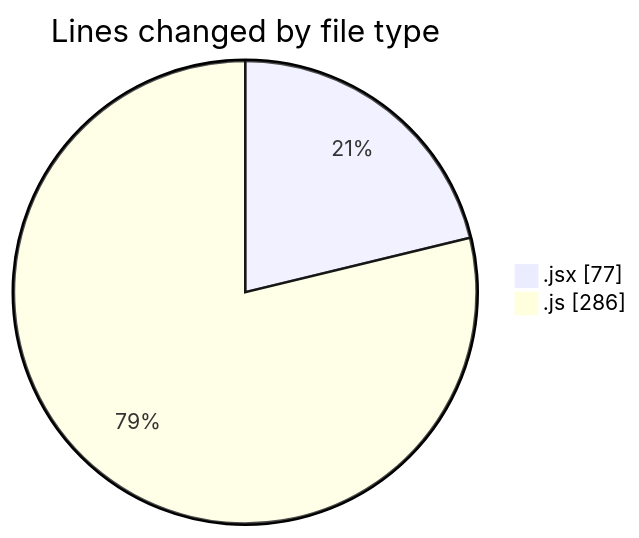
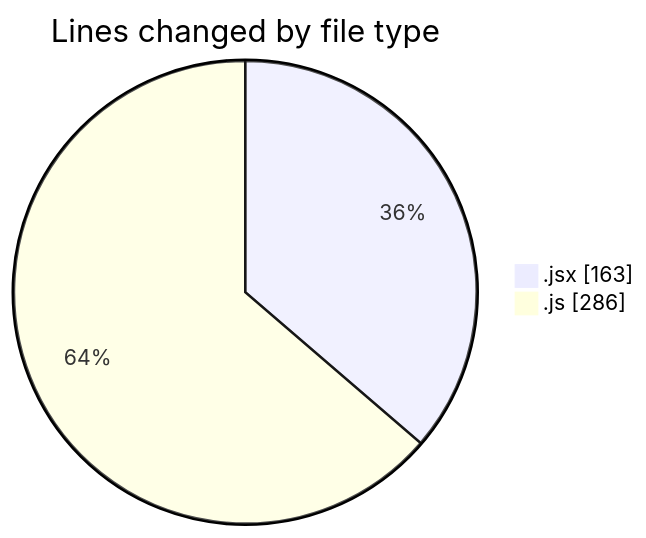
The first of 2 diagrams in 2025-02-12/react_ecom/README.md (Elitesun/code-tracking), drawn with Mermaid before and after one commit. The commit also changed other lines of this file and 1 other file, not shown here.

````diff
--- a/2025-02-12/react_ecom/README.md
+++ b/2025-02-12/react_ecom/README.md
@@ -23,6 +23,6 @@
 ```mermaid
 pie showData
 title Lines changed by file type
-".jsx" : 77
+".jsx" : 163
 ".js" : 286
 ```
````
